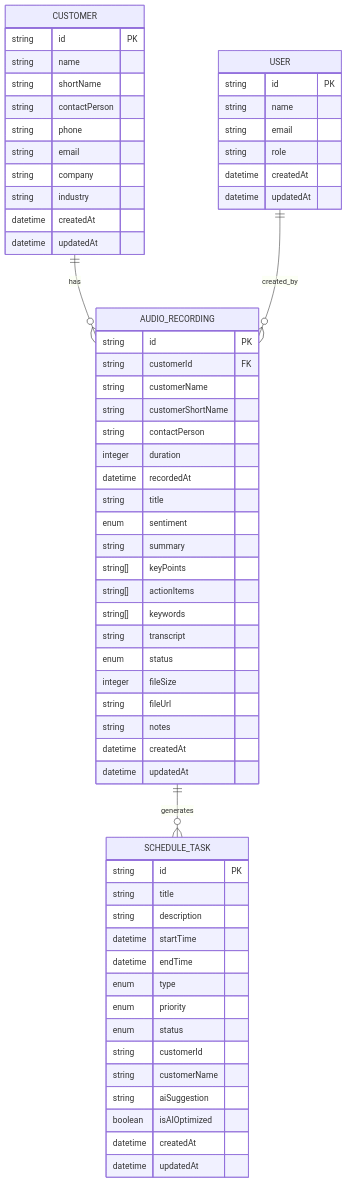
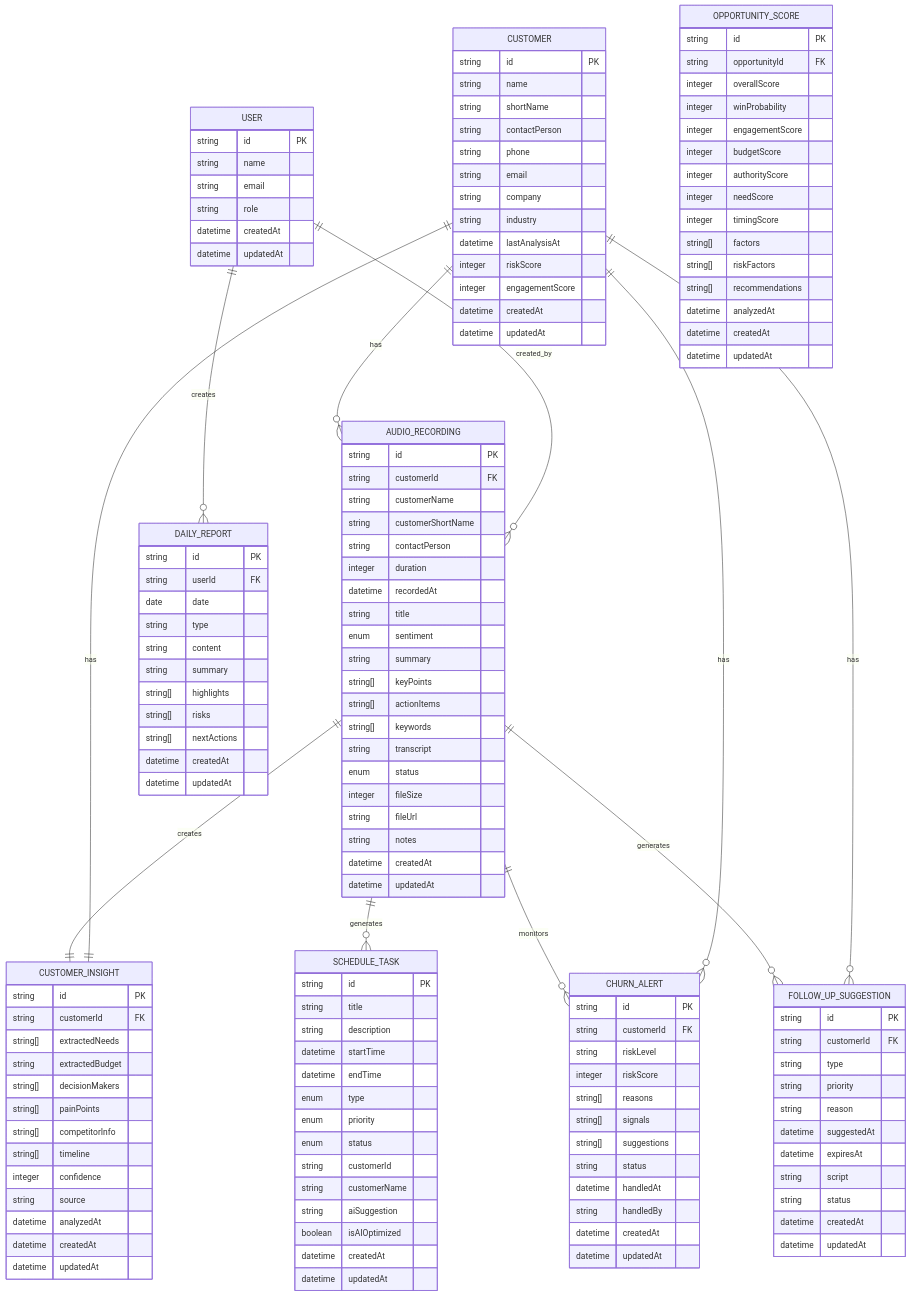
Before and after one commit to xianjianshenqu/SalesFlow-CRM: the eighth of 8 diagrams in .qoder/repowiki/zh/content/Ai Audio Analysis.md, drawn with Mermaid. The commit also changed other lines of this file and 19 other files, not shown here.

````diff
--- a/.qoder/repowiki/zh/content/Ai Audio Analysis.md
+++ b/.qoder/repowiki/zh/content/Ai Audio Analysis.md
@@ -363,6 +459,9 @@
 string email
 string company
 string industry
+datetime lastAnalysisAt
+integer riskScore
+integer engagementScore
 datetime createdAt
 datetime updatedAt
 }
@@ -390,7 +489,86 @@
 datetime createdAt
 datetime updatedAt
 }
+FOLLOW_UP_SUGGESTION {
+string id PK
+string customerId FK
+string type
+string priority
+string reason
+datetime suggestedAt
+datetime expiresAt
+string script
+string status
+datetime createdAt
+datetime updatedAt
+}
+DAILY_REPORT {
+string id PK
+string userId FK
+date date
+string type
+string content
+string summary
+string[] highlights
+string[] risks
+string[] nextActions
+datetime createdAt
+datetime updatedAt
+}
+OPPORTUNITY_SCORE {
+string id PK
+string opportunityId FK
+integer overallScore
+integer winProbability
+integer engagementScore
+integer budgetScore
+integer authorityScore
+integer needScore
+integer timingScore
+string[] factors
+string[] riskFactors
+string[] recommendations
+datetime analyzedAt
+datetime createdAt
+datetime updatedAt
+}
+CHURN_ALERT {
+string id PK
+string customerId FK
+string riskLevel
+integer riskScore
+string[] reasons
+string[] signals
+string[] suggestions
+string status
+datetime handledAt
+string handledBy
+datetime createdAt
+datetime updatedAt
+}
+CUSTOMER_INSIGHT {
+string id PK
+string customerId FK
+string[] extractedNeeds
+string extractedBudget
+string[] decisionMakers
+string[] painPoints
+string[] competitorInfo
+string[] timeline
+integer confidence
+string source
+datetime analyzedAt
+datetime createdAt
+datetime updatedAt
+}
+AUDIO_RECORDING ||--o{ FOLLOW_UP_SUGGESTION : generates
+AUDIO_RECORDING ||--o{ CHURN_ALERT : monitors
+AUDIO_RECORDING ||--|| CUSTOMER_INSIGHT : creates
 CUSTOMER ||--o{ AUDIO_RECORDING : has
 USER ||--o{ AUDIO_RECORDING : created_by
 AUDIO_RECORDING ||--o{ SCHEDULE_TASK : generates
+CUSTOMER ||--o{ FOLLOW_UP_SUGGESTION : has
+USER ||--o{ DAILY_REPORT : creates
+CUSTOMER ||--o{ CHURN_ALERT : has
+CUSTOMER ||--|| CUSTOMER_INSIGHT : has
 ```
````
